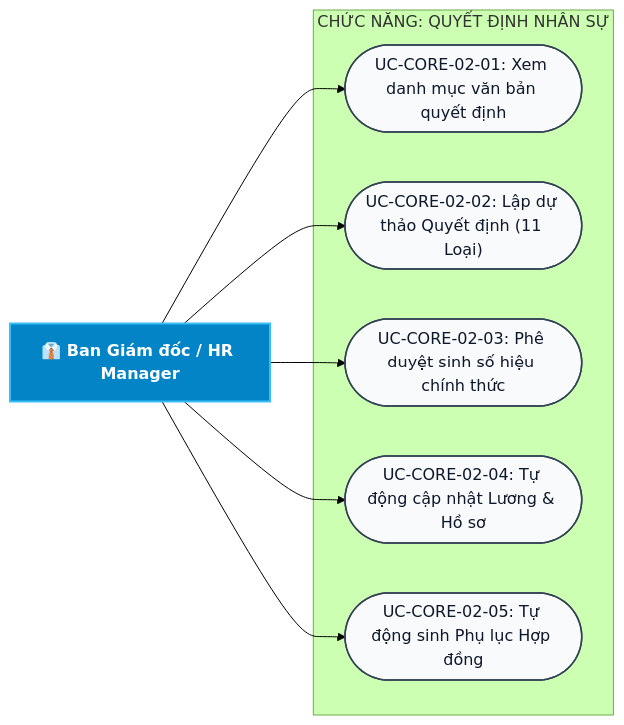
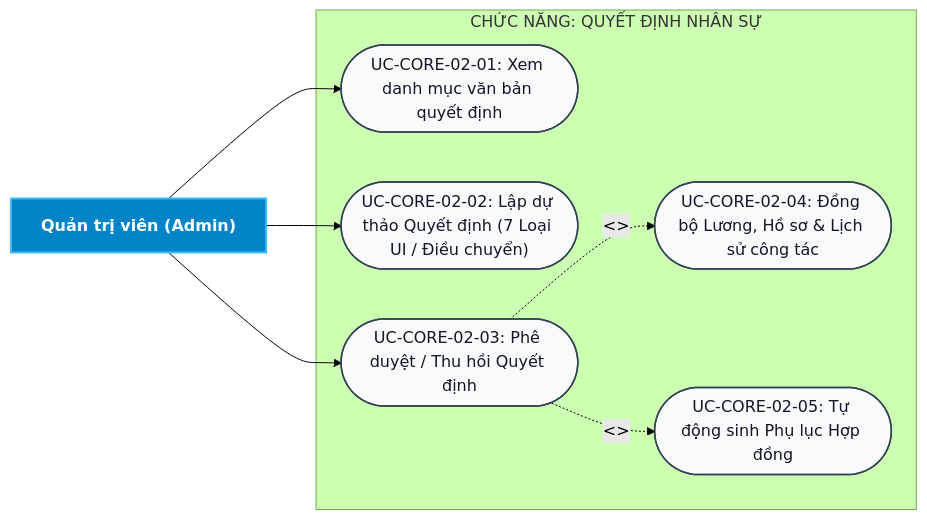
One commit to aye2710/HRM-DATN changed diagram 16 of 46 in docs/Các biểu đồ/So_Do_Use_Case_Tong_Quat_HRM.md. Above: the diagram before and after it, drawn with Mermaid (forest theme). The commit also changed other lines of this file and 69 other files, not shown here.

First line of the commit message:
feat(ess,auth,docs): isolate portal auth, upgrade employee portal UI & sync diagrams

````diff
--- a/docs/Các biểu đồ/So_Do_Use_Case_Tong_Quat_HRM.md
+++ b/docs/Các biểu đồ/So_Do_Use_Case_Tong_Quat_HRM.md
@@ -889,23 +1161,23 @@
 ```mermaid
 flowchart LR
-    ADMIN["👔 Ban Giám đốc / HR Manager"]
+    ADMIN["Quản trị viên (Admin)"]
 
     subgraph FUNC_DEC ["CHỨC NĂNG: QUYẾT ĐỊNH NHÂN SỰ"]
         UC1(["UC-CORE-02-01: Xem danh mục văn bản quyết định"])
-        UC2(["UC-CORE-02-02: Lập dự thảo Quyết định (11 Loại)"])
-        UC3(["UC-CORE-02-03: Phê duyệt sinh số hiệu chính thức"])
-        UC4(["UC-CORE-02-04: Tự động cập nhật Lương & Hồ sơ"])
+        UC2(["UC-CORE-02-02: Lập dự thảo Quyết định (7 Loại UI / Điều chuyển)"])
+        UC3(["UC-CORE-02-03: Phê duyệt / Thu hồi Quyết định"])
+        UC4(["UC-CORE-02-04: Đồng bộ Lương, Hồ sơ & Lịch sử công tác"])
         UC5(["UC-CORE-02-05: Tự động sinh Phụ lục Hợp đồng"])
     end
 
     ADMIN --> UC1
     ADMIN --> UC2
     ADMIN --> UC3
-    ADMIN --> UC4
-    ADMIN --> UC5
+    UC3 -. "<<include>>" .-> UC4
+    UC3 -. "<<include>>" .-> UC5
 
     classDef actor fill:#0284c7,stroke:#38bdf8,stroke-width:2px,color:#ffffff,font-weight:bold;
     classDef uc fill:#f8fafc,stroke:#334155,stroke-width:1.5px,color:#0f172a;
     class ADMIN actor;
     class UC1,UC2,UC3,UC4,UC5 uc;
 ```
````
